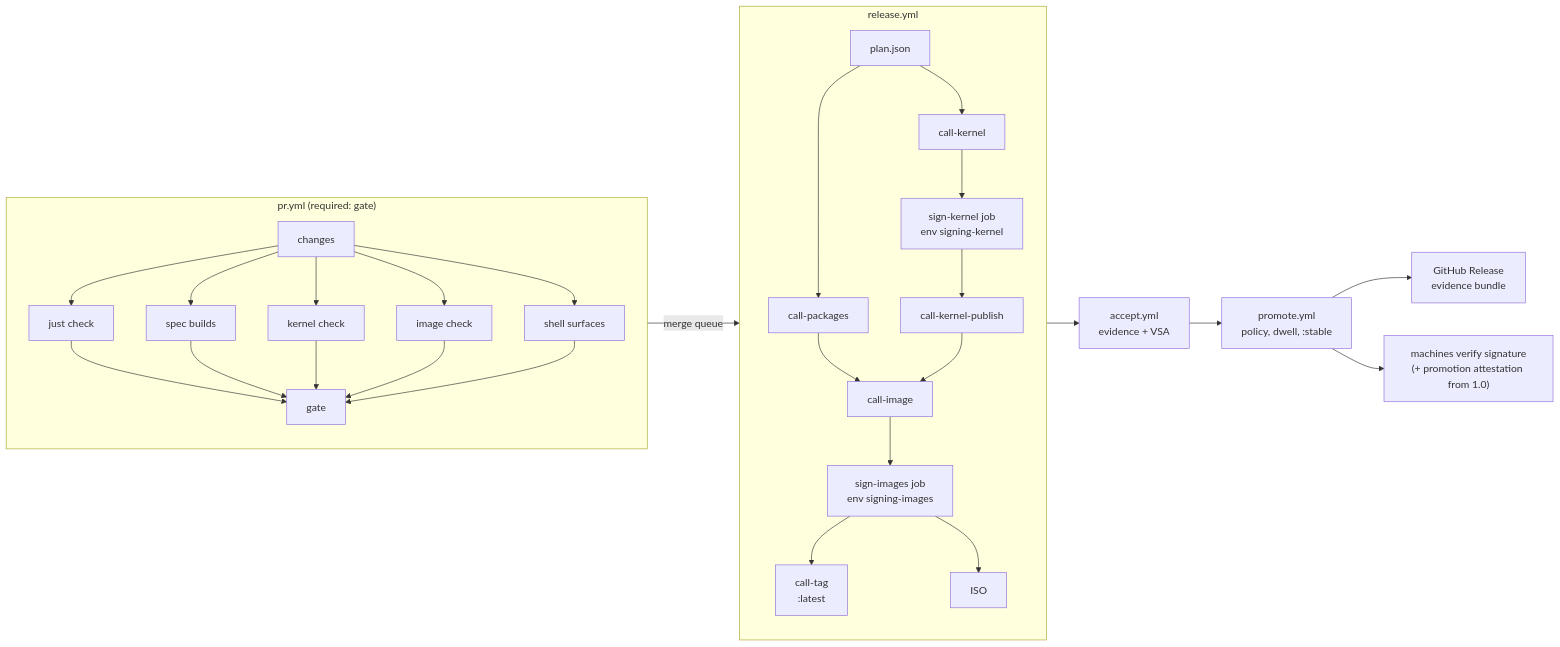
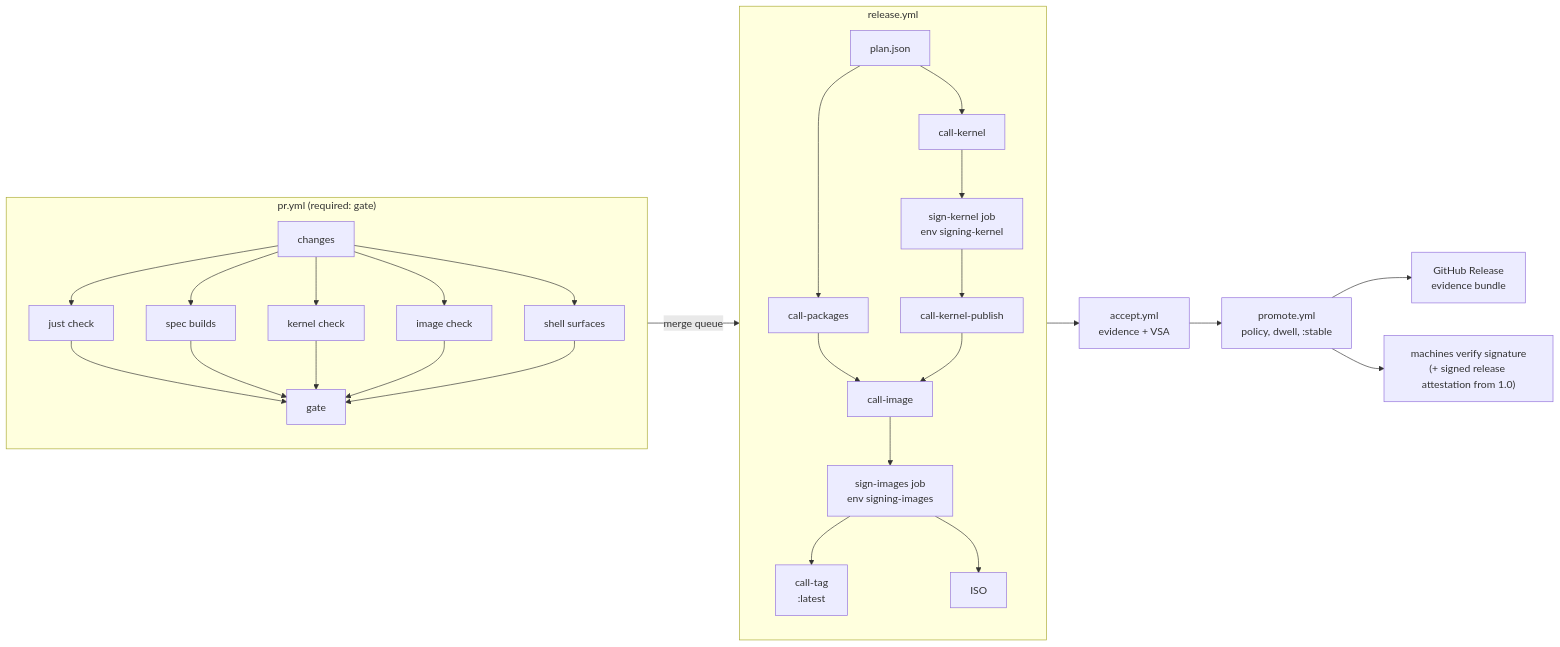
Before and after one commit to ars-regia/athanor: the diagram in docs/architecture/doc_pipeline.md, drawn with Mermaid. The commit also changed other lines of this file and 1 other file, not shown here.

````diff
--- a/docs/architecture/doc_pipeline.md
+++ b/docs/architecture/doc_pipeline.md
@@ -156,26 +171,26 @@
 ```mermaid
 flowchart LR
   subgraph PR["pr.yml (required: gate)"]
     C[changes] --> K[just check]
     C --> SB[spec builds]
     C --> KB[kernel check]
     C --> IC[image check]
     C --> SH[shell surfaces]
     K & SB & KB & IC & SH --> G[gate]
   end
   PR -->|merge queue| R
   subgraph R["release.yml"]
     P[plan.json] --> PK[call-packages]
     P --> KE[call-kernel]
     KE --> SK[sign-kernel job<br/>env signing-kernel]
     SK --> KP[call-kernel-publish]
     PK & KP --> IM[call-image]
     IM --> SI[sign-images job<br/>env signing-images]
     SI --> L["call-tag<br/>:latest"]
     SI --> ISO[ISO]
   end
   R --> A["accept.yml<br/>evidence + VSA"]
   A --> PR2["promote.yml<br/>policy, dwell, :stable"]
   PR2 --> GH["GitHub Release<br/>evidence bundle"]
-  PR2 --> M["machines verify signature<br/>(+ promotion attestation from 1.0)"]
+  PR2 --> M["machines verify signature<br/>(+ signed release attestation from 1.0)"]
 ```
````
